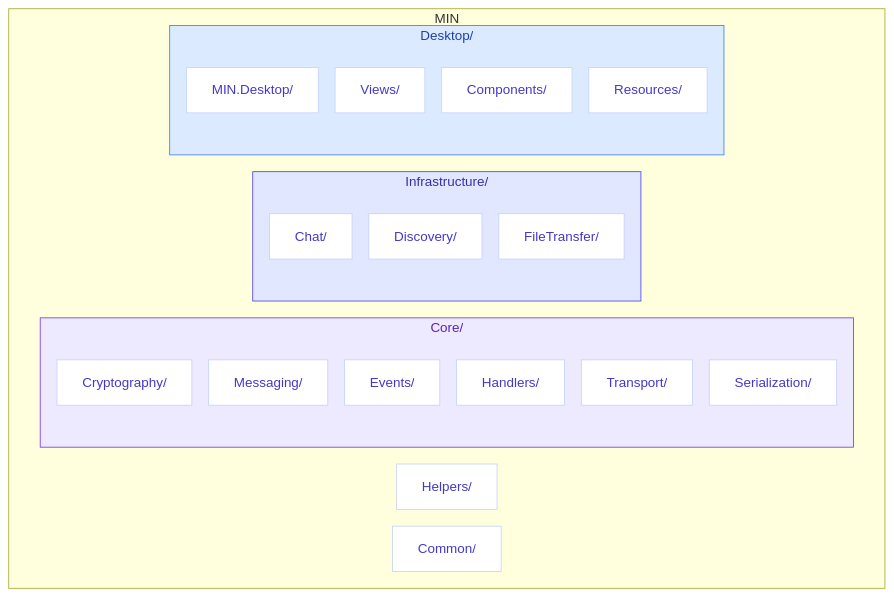
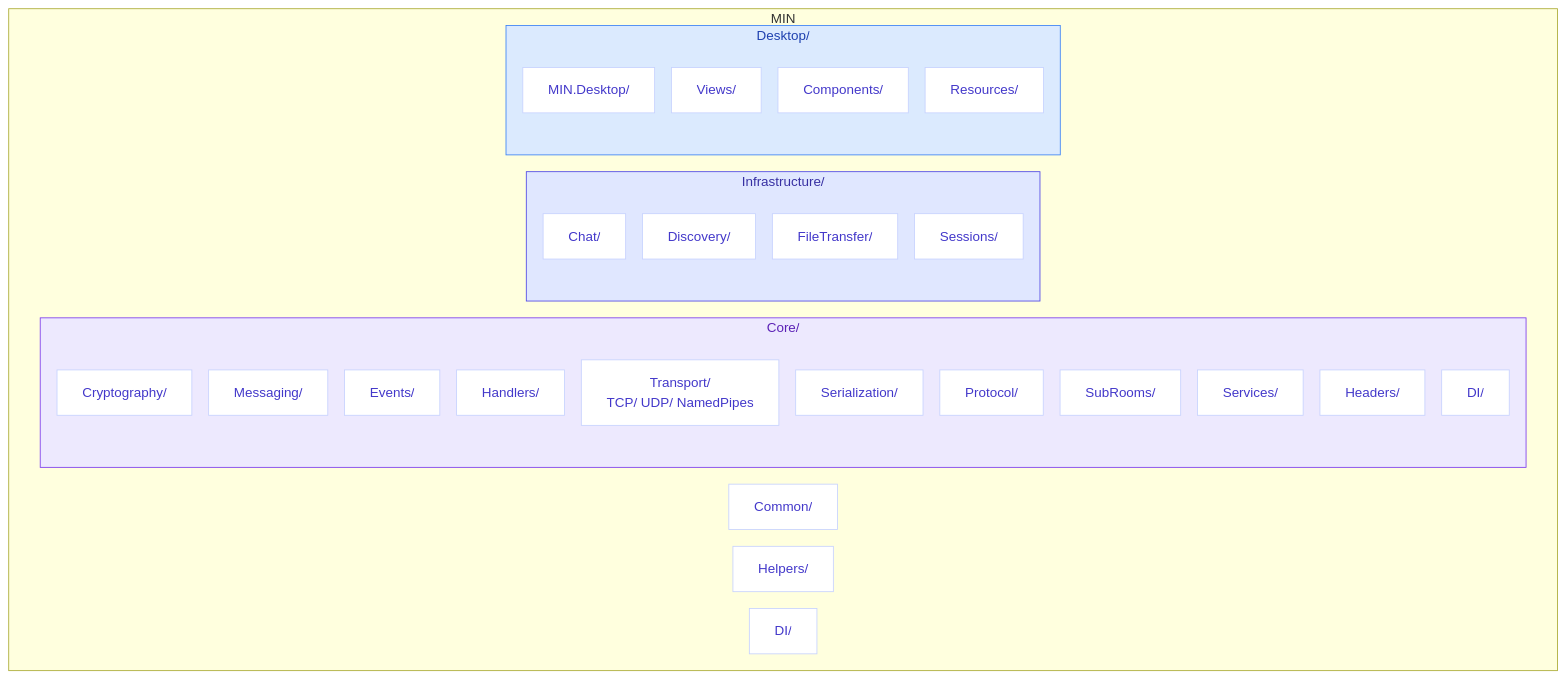
Before and after one commit to CasCadeVR/MIN: the second of 5 diagrams in README.ru.md, drawn with Mermaid. The commit also changed other lines of this file and 218 other files, not shown here.

````diff
--- a/README.ru.md
+++ b/README.ru.md
@@ -165,38 +192,45 @@
 ```mermaid
 flowchart TB
     %%{init: {'flowchart': {'nodeSpacing': 20}}}%%
     classDef coreFolder fill:#ede9fe,stroke:#7c3aed,color:#5b21b6
     classDef infraFolder fill:#e0e7ff,stroke:#4f46e5,color:#3730a3
     classDef deskFolder fill:#dbeafe,stroke:#3b82f6,color:#1e40af
     classDef folder fill:#f5f3ff,stroke:#c7c2ea,color:#312e81
     classDef file fill:#fff,stroke:#c7d2fe,color:#4338ca
     
     subgraph MIN["MIN"]
         subgraph CORE["Core/"]
             G["Cryptography/"]
             H["Messaging/"]
             I["Events/"]
             J["Handlers/"]
-            K["Transport/"]
+            K["Transport/<br>TCP/ UDP/ NamedPipes"]
             L["Serialization/"]
+            M["Protocol/"]
+            N["SubRooms/"]
+            O["Services/"]
+            P["Headers/"]
+            DI["DI/"]
         end
         subgraph INF["Infrastructure/"]
-            M["Chat/"]
-            N["Discovery/"]
-            O["FileTransfer/"]
+            Q["Chat/"]
+            R["Discovery/"]
+            S["FileTransfer/"]
+            T["Sessions/"]
         end
         subgraph DESK["Desktop/"]
-            P["MIN.Desktop/"]
-            Q["Views/"]
-            R["Components/"]
-            S["Resources/"]
+            U["MIN.Desktop/"]
+            V["Views/"]
+            W["Components/"]
+            X["Resources/"]
         end
-        T["Helpers/"]
-        U["Common/"]
+        Y["Common/"]
+        Z["Helpers/"]
+        AA["DI/"]
     end
     
     class CORE coreFolder
     class INF infraFolder
     class DESK deskFolder
-    class G,H,I,J,K,L,M,N,O,P,Q,R,S,T,U file
+    class G,H,I,J,K,L,M,N,O,P,DI,Q,R,S,T,U,V,W,X,Y,Z,AA file
 ```
````
